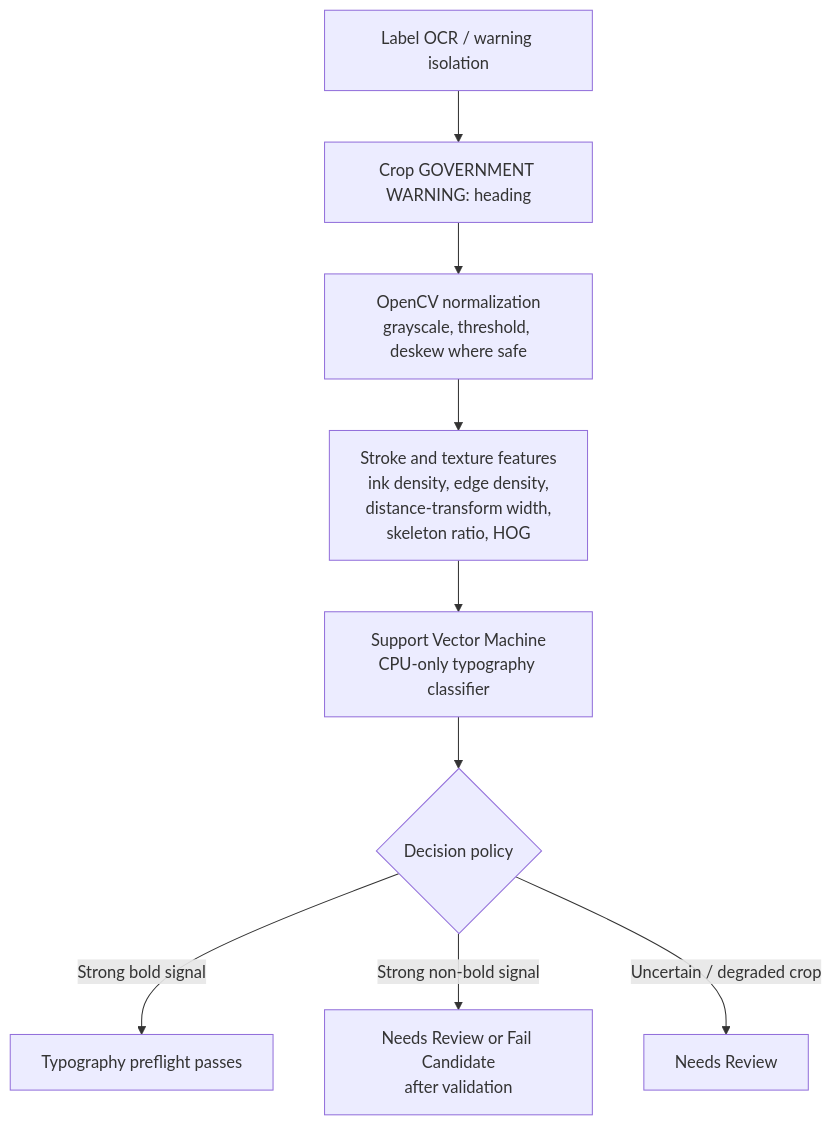
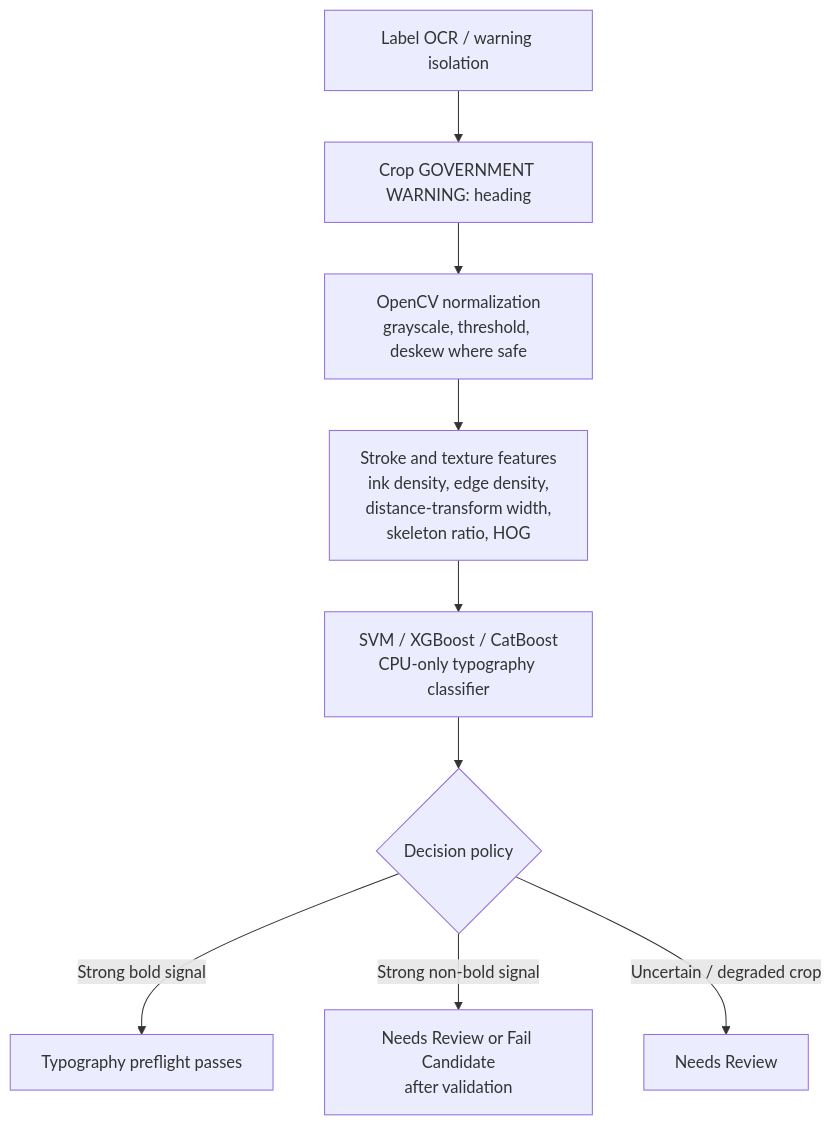
Before and after one commit to AaronNHorvitz/Labels-On-Tap: the second of 2 diagrams in TRADEOFFS.md, drawn with Mermaid. The commit also changed other lines of this file and 8 other files, not shown here.

````diff
--- a/TRADEOFFS.md
+++ b/TRADEOFFS.md
@@ -697,11 +697,11 @@
 ```mermaid
 flowchart TD
     A["Label OCR / warning isolation"] --> B["Crop GOVERNMENT WARNING: heading"]
     B --> C["OpenCV normalization<br/>grayscale, threshold, deskew where safe"]
     C --> D["Stroke and texture features<br/>ink density, edge density,<br/>distance-transform width,<br/>skeleton ratio, HOG"]
-    D --> E["Support Vector Machine<br/>CPU-only typography classifier"]
+    D --> E["SVM / XGBoost / CatBoost<br/>CPU-only typography classifier"]
     E --> F{"Decision policy"}
     F -->|"Strong bold signal"| G["Typography preflight passes"]
     F -->|"Strong non-bold signal"| H["Needs Review or Fail Candidate<br/>after validation"]
     F -->|"Uncertain / degraded crop"| I["Needs Review"]
 ```
````
